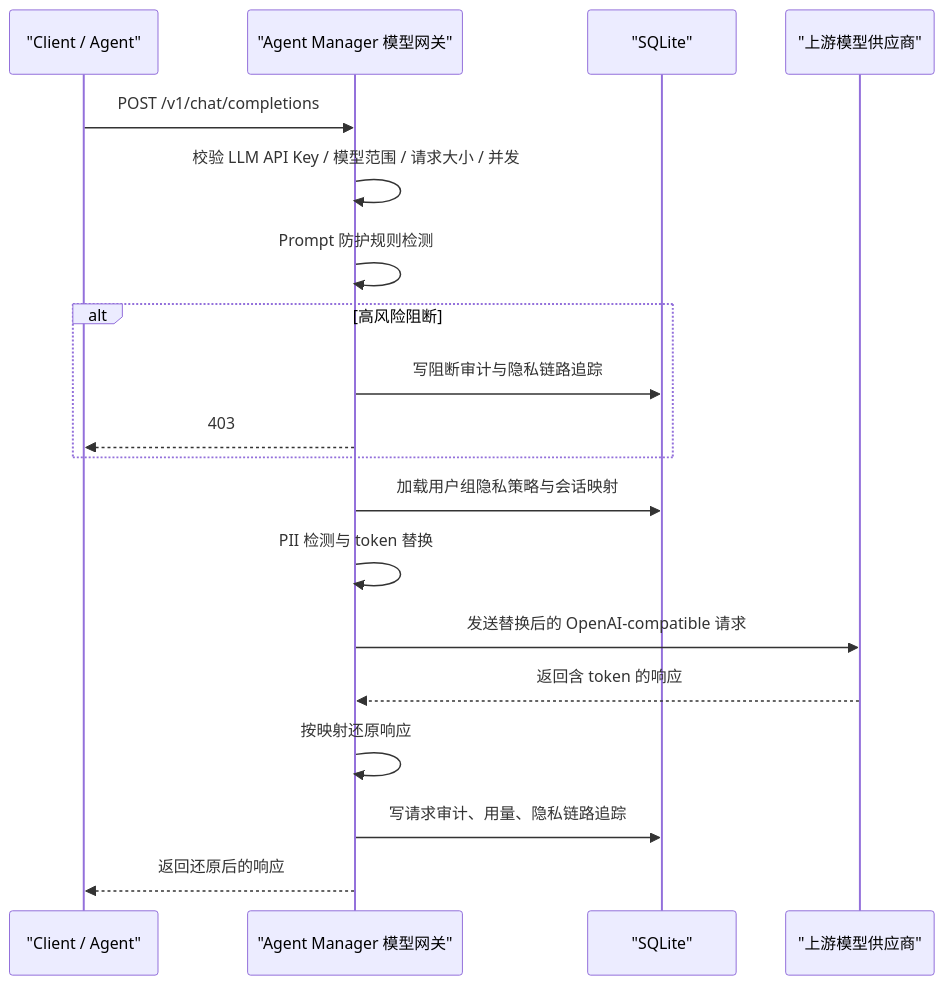
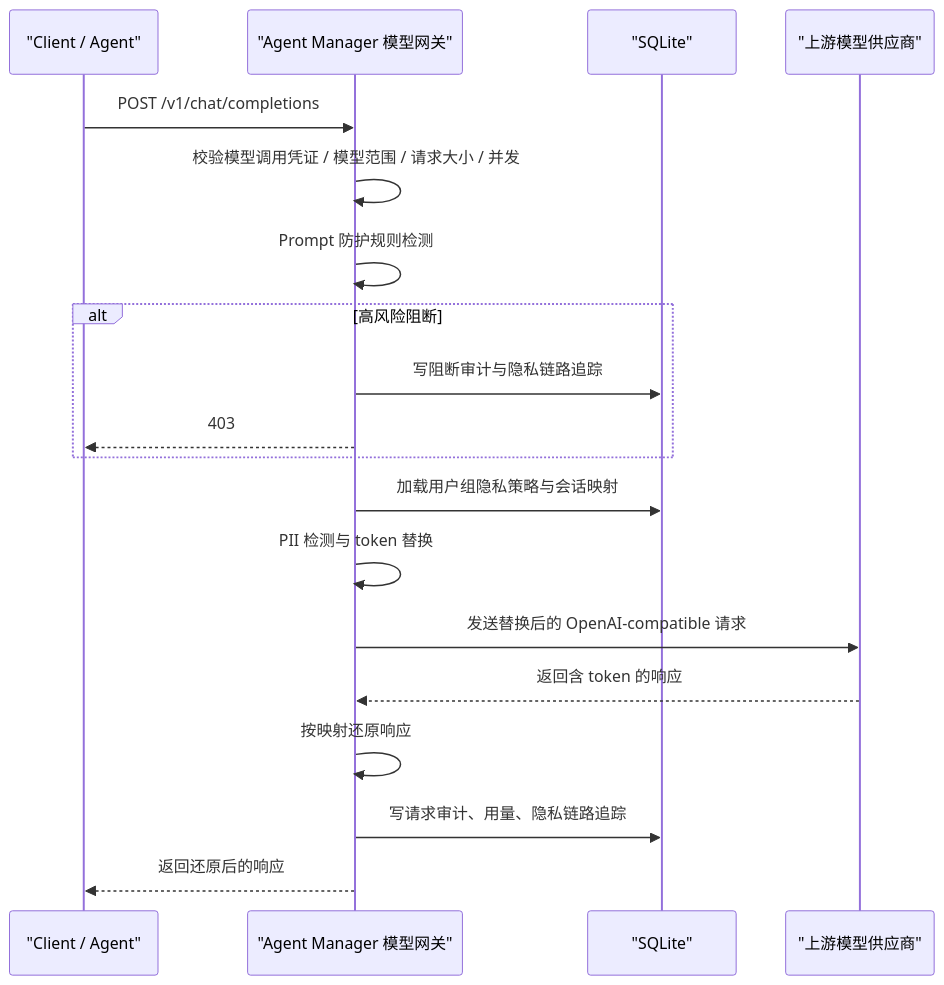
The diagram in docs/model-gateway.md (HuangLuGuang/skill-manager), drawn with Mermaid before and after one commit. The commit also changed other lines of this file and 37 other files, not shown here.

````diff
--- a/docs/model-gateway.md
+++ b/docs/model-gateway.md
@@ -27,22 +27,22 @@
 ```mermaid
 sequenceDiagram
     participant Client as "Client / Agent"
     participant GW as "Agent Manager 模型网关"
     participant DB as "SQLite"
     participant LLM as "上游模型供应商"
 
     Client->>GW: POST /v1/chat/completions
-    GW->>GW: 校验 LLM API Key / 模型范围 / 请求大小 / 并发
+    GW->>GW: 校验模型调用凭证 / 模型范围 / 请求大小 / 并发
     GW->>GW: Prompt 防护规则检测
     alt 高风险阻断
         GW->>DB: 写阻断审计与隐私链路追踪
         GW-->>Client: 403
     end
     GW->>DB: 加载用户组隐私策略与会话映射
     GW->>GW: PII 检测与 token 替换
     GW->>LLM: 发送替换后的 OpenAI-compatible 请求
     LLM-->>GW: 返回含 token 的响应
     GW->>GW: 按映射还原响应
     GW->>DB: 写请求审计、用量、隐私链路追踪
     GW-->>Client: 返回还原后的响应
 ```
````
